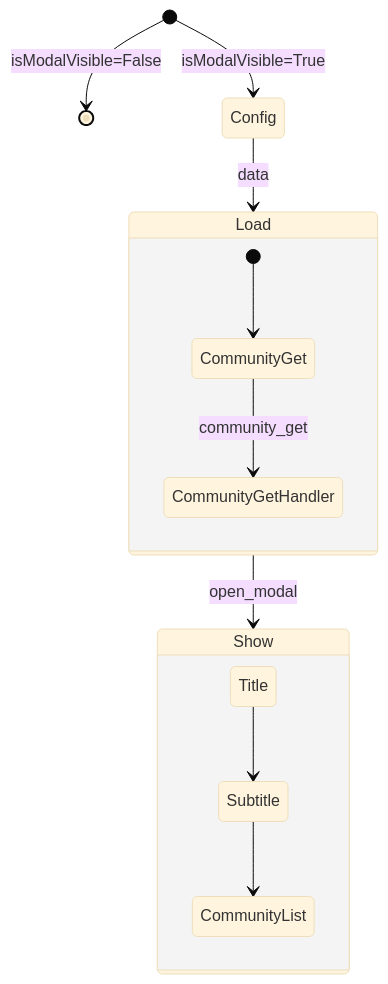
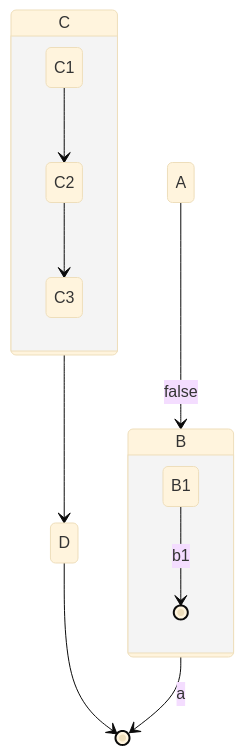
One commit to Wilfongjt/lb-A changed the first of 3 diagrams in README.md. Above: the diagram before and after it, drawn with Mermaid.

````diff
--- a/README.md
+++ b/README.md
@@ -2,18 +2,22 @@
 ```mermaid
 %%{init: {'securityLevel': 'loose', 'theme':'base'}}%%
 stateDiagram
  
-    state Load {
-        [*] --> CommunityGet
-        CommunityGet --> CommunityGetHandler : community_get
+
+    state B  {
+        
+        B1 --> [*] : b1
     }
-    state Show {
-        Title --> Subtitle
-        Subtitle --> CommunityList
+    state C  {
+       
+        C1 --> C2
+        C2 --> C3
     }
  
-    [*] --> [*] : isModalVisible=False
-    [*] --> Config : isModalVisible=True
-    Config --> Load : data
-    Load --> Show : open_modal
+ 
+    A --> B : false
+    B --> [*] : a
+    C --> D
+    D --> [*]
+ 
 ```
````
